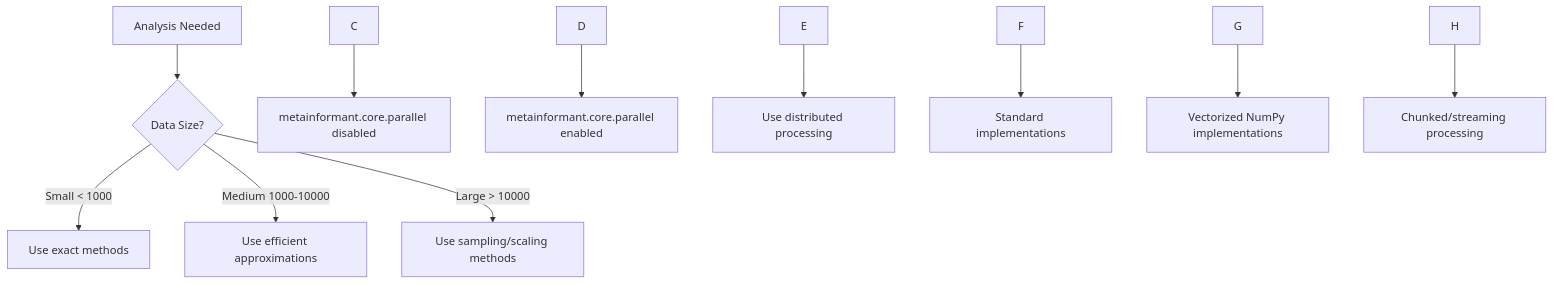
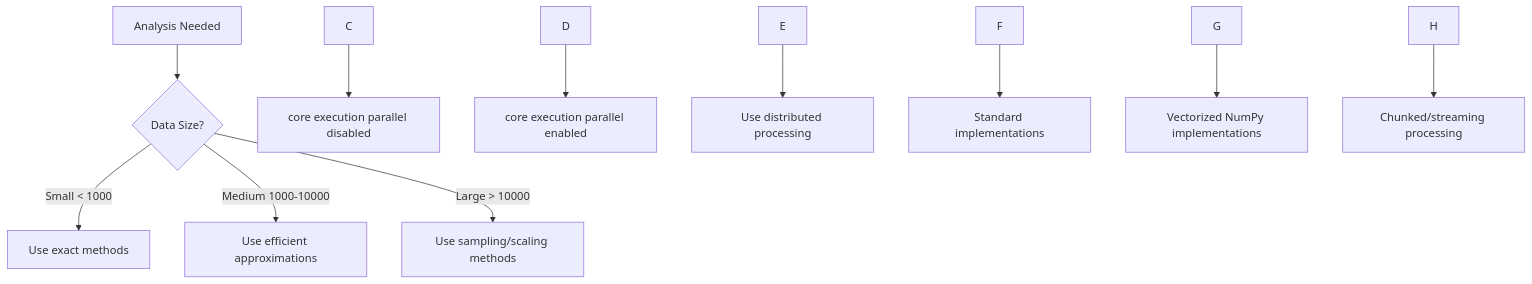
The fourth of 5 diagrams in docs/COMPARISON_GUIDES.md (docxology/MetaInformAnt), drawn with Mermaid before and after one commit. The commit also changed 73 other files, not shown here.

````diff
--- a/docs/COMPARISON_GUIDES.md
+++ b/docs/COMPARISON_GUIDES.md
@@ -441,15 +441,15 @@
 ```mermaid
 graph TD
     AanalysisNeeded[Analysis Needed] --> B{Data Size?}
     B -->|Small < 1000| CuseExactMethods[Use exact methods]
     B -->|Medium 1000-10000| DuseEfficientApproximations[Use efficient approximations]
     B -->|Large > 10000| EuseSampling/scalingMethods[Use sampling/scaling methods]
 
-    C --> Fmetainformant.core.parallelDisabled[metainformant.core.parallel disabled]
-    D --> Gmetainformant.core.parallelEnabled[metainformant.core.parallel enabled]
+    C --> Fmetainformant.core.execution.parallelDisabled[core execution parallel disabled]
+    D --> Gmetainformant.core.execution.parallelEnabled[core execution parallel enabled]
     E --> HuseDistributedProcessing[Use distributed processing]
 
     F --> IstandardImplementations[Standard implementations]
     G --> JvectorizedNumpyImplementations[Vectorized NumPy implementations]
     H --> Kchunked/streamingProcessing[Chunked/streaming processing]
 ```
````
